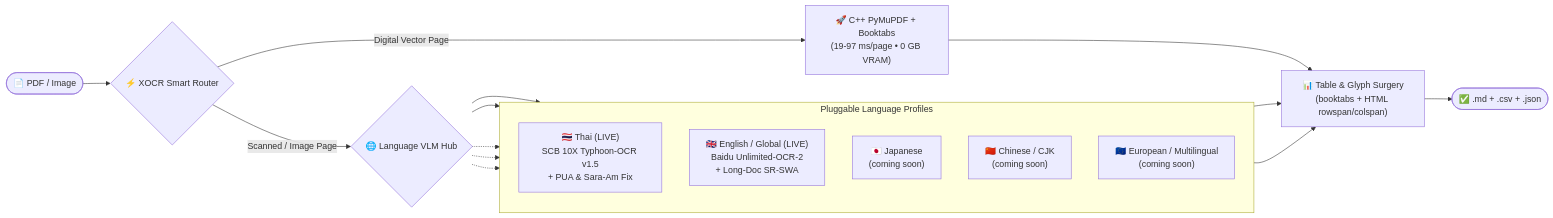
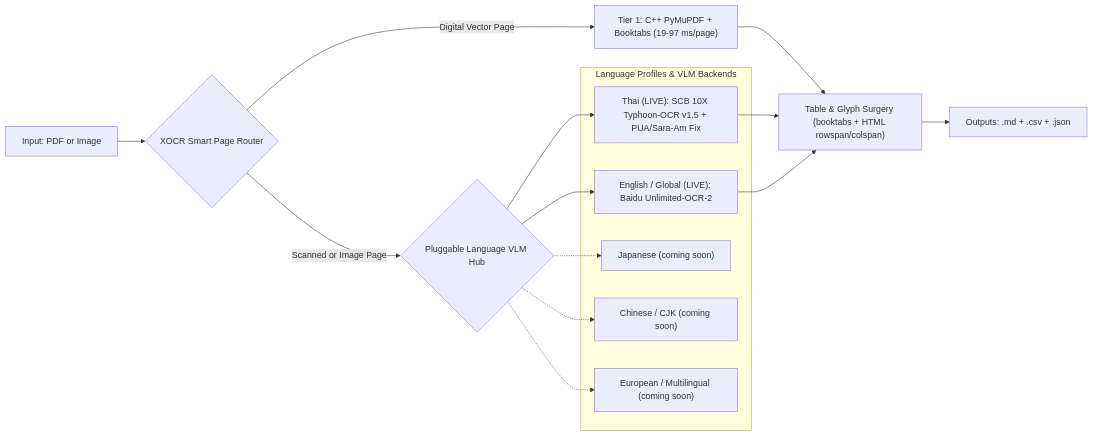
The diagram in skills/xocr/SKILL.md (iscvlab/boostx), drawn with Mermaid before and after one commit. The commit also changed 6 other files, not shown here.

Commit message:
fix(docs): remove <br> and xychart-beta from Mermaid diagrams across BoostX and /xocr

````diff
--- a/skills/xocr/SKILL.md
+++ b/skills/xocr/SKILL.md
@@ -17,23 +17,25 @@
 ```mermaid
 flowchart LR
-    In(["📄 PDF / Image"]) --> Router{"⚡ XOCR Smart Router"}
+    In["Input: PDF or Image"] --> Router{"XOCR Smart Page Router"}
+    Router -->|"Digital Vector Page"| Fast["Tier 1: C++ PyMuPDF + Booktabs (19-97 ms/page)"]
+    Router -->|"Scanned or Image Page"| Hub{"Pluggable Language VLM Hub"}
 
-    Router -->|"Digital Vector Page"| Fast["🚀 C++ PyMuPDF + Booktabs<br/>(19-97 ms/page • 0 GB VRAM)"]
-    Router -->|"Scanned / Image Page"| Hub{"🌐 Language VLM Hub"}
-
-    subgraph Packs["Pluggable Language Profiles"]
-        direction TB
-        TH["🇹🇭 Thai (LIVE)<br/>SCB 10X Typhoon-OCR v1.5<br/>+ PUA & Sara-Am Fix"]
-        EN["🇬🇧 English / Global (LIVE)<br/>Baidu Unlimited-OCR-2<br/>+ Long-Doc SR-SWA"]
-        JP["🇯🇵 Japanese<br/>(coming soon)"]
-        ZH["🇨🇳 Chinese / CJK<br/>(coming soon)"]
-        EU["🇪🇺 European / Multilingual<br/>(coming soon)"]
+    subgraph Profiles ["Language Profiles & VLM Backends"]
+        TH["Thai (LIVE): SCB 10X Typhoon-OCR v1.5 + PUA/Sara-Am Fix"]
+        EN["English / Global (LIVE): Baidu Unlimited-OCR-2"]
+        JP["Japanese (coming soon)"]
+        ZH["Chinese / CJK (coming soon)"]
+        EU["European / Multilingual (coming soon)"]
     end
 
-    Hub --> TH & EN
-    Hub -.-> JP & ZH & EU
+    Hub --> TH
+    Hub --> EN
+    Hub -.-> JP
+    Hub -.-> ZH
+    Hub -.-> EU
 
-    Fast --> Surgery["📊 Table & Glyph Surgery<br/>(booktabs + HTML rowspan/colspan)"]
-    TH & EN --> Surgery
-    Surgery --> Out(["✅ .md + .csv + .json"])
+    Fast --> Surgery["Table & Glyph Surgery (booktabs + HTML rowspan/colspan)"]
+    TH --> Surgery
+    EN --> Surgery
+    Surgery --> Out["Outputs: .md + .csv + .json"]
 ```
````
